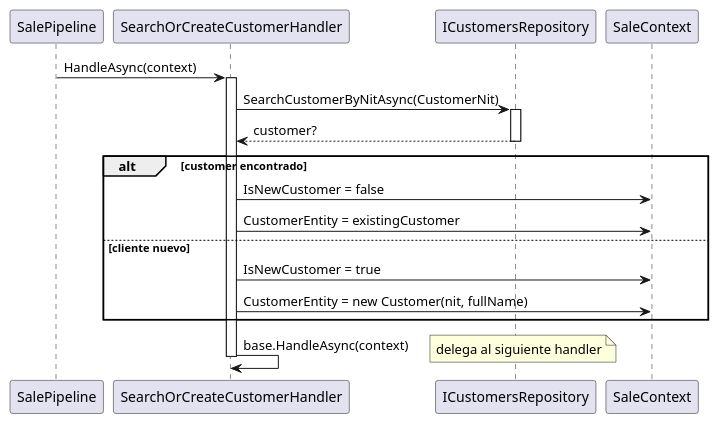
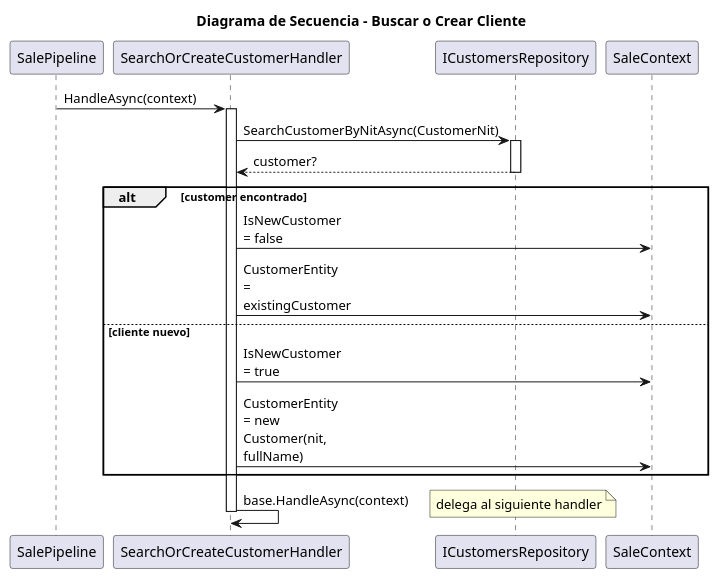
One commit to rogerrocaarano/DesignPatternsDemo changed the diagram in docs/WebApi/seq-handler-search-or-create-customer.puml. Above: the diagram before and after it, drawn with PlantUML. The commit also changed 12 other files, not shown here.

First line of the commit message:
Docs: polish diagrams with titles and skinparams, add calculate-discount sequence

```diff
--- a/docs/WebApi/seq-handler-search-or-create-customer.puml
+++ b/docs/WebApi/seq-handler-search-or-create-customer.puml
@@ -1,28 +1,33 @@
 @startuml
+
+title Diagrama de Secuencia - Buscar o Crear Cliente
+
+skinparam wrapWidth 250
+skinparam maxMessageSize 100
 
 participant SalePipeline
 participant SearchOrCreateCustomerHandler
 participant ICustomersRepository
 participant SaleContext
 
 SalePipeline -> SearchOrCreateCustomerHandler : HandleAsync(context)
 activate SearchOrCreateCustomerHandler
 
 SearchOrCreateCustomerHandler -> ICustomersRepository : SearchCustomerByNitAsync(CustomerNit)
 activate ICustomersRepository
 ICustomersRepository --> SearchOrCreateCustomerHandler : customer?
 deactivate ICustomersRepository
 
 alt customer encontrado
     SearchOrCreateCustomerHandler -> SaleContext : IsNewCustomer = false
     SearchOrCreateCustomerHandler -> SaleContext : CustomerEntity = existingCustomer
 else cliente nuevo
     SearchOrCreateCustomerHandler -> SaleContext : IsNewCustomer = true
     SearchOrCreateCustomerHandler -> SaleContext : CustomerEntity = new Customer(nit, fullName)
 end
 
 SearchOrCreateCustomerHandler -> SearchOrCreateCustomerHandler : base.HandleAsync(context)
 note right : delega al siguiente handler
 deactivate SearchOrCreateCustomerHandler
 
 @enduml
```
